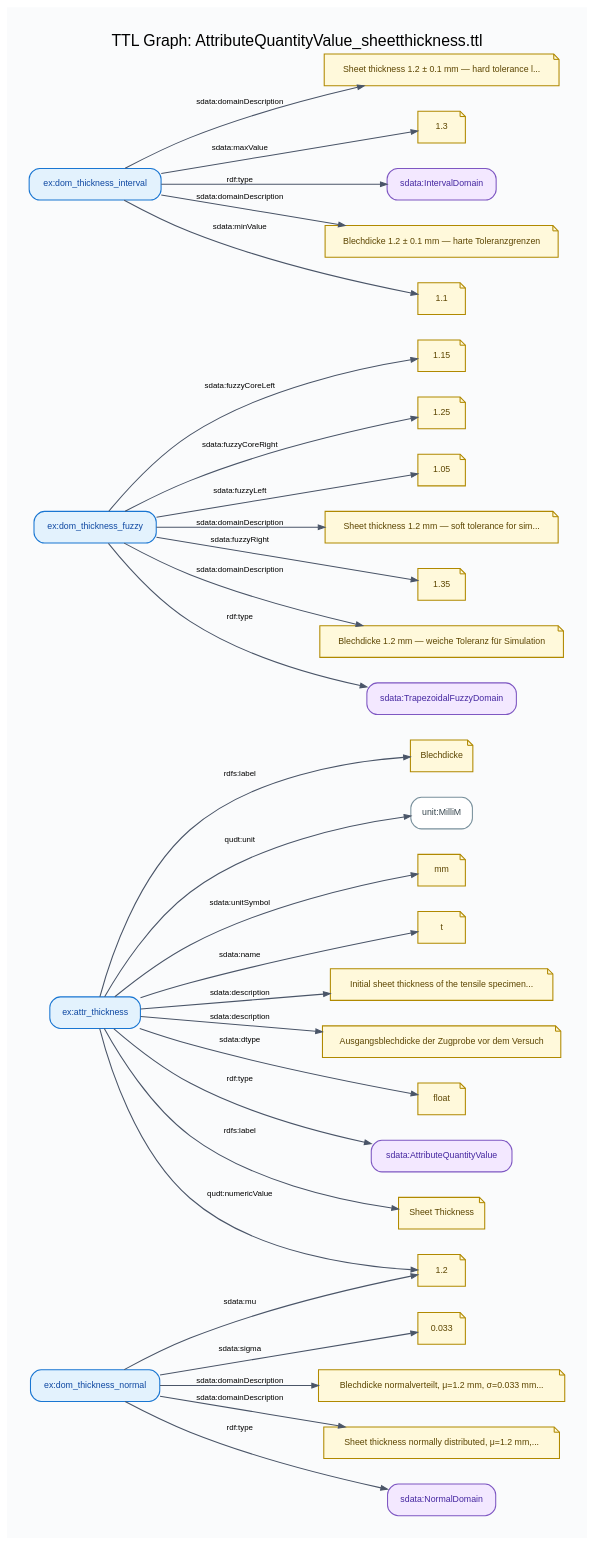
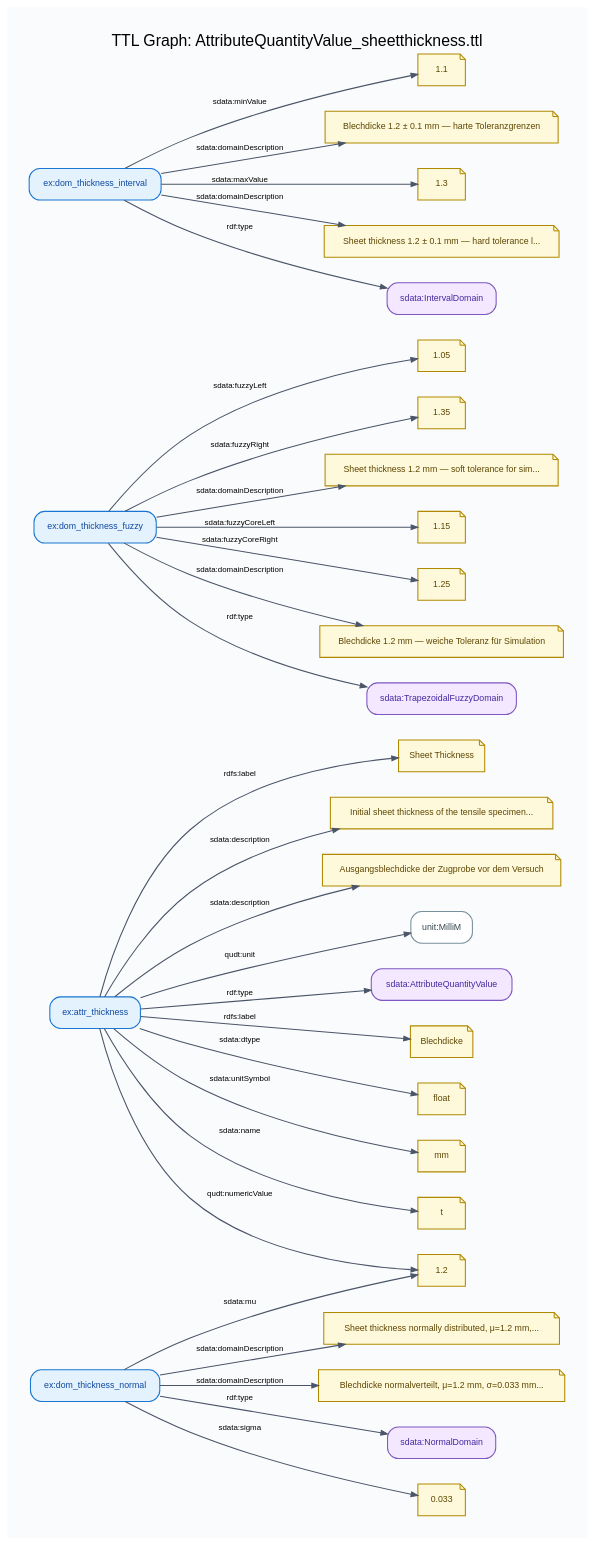
The diagram in docs/diagrams/AttributeQuantityValue_sheetthickness-graph.dot (lepy/sdata-ontology), drawn with Graphviz before and after one commit. The commit also changed other lines of this file and 50 other files, not shown here.

```diff
--- a/docs/diagrams/AttributeQuantityValue_sheetthickness-graph.dot
+++ b/docs/diagrams/AttributeQuantityValue_sheetthickness-graph.dot
@@ -30,12 +30,12 @@
 		fillcolor="#E3F2FD",
 		fontcolor="#0D47A1",
 		label="ex:attr_thickness"];
-	"lit::Ausgangsblechdicke der Zugprobe vor dem Versuch::::de"	[color="#B08900",
+	"lit::Blechdicke::::de"	[color="#B08900",
 		fillcolor="#FFF9DB",
 		fontcolor="#5C4500",
-		label="Ausgangsblechdicke der Zugprobe vor dem Versuch",
+		label=Blechdicke,
 		shape=note];
-	"uri::https://example.org/tensile-test/attr_thickness" -> "lit::Ausgangsblechdicke der Zugprobe vor dem Versuch::::de"	[label="sdata:description"];
+	"uri::https://example.org/tensile-test/attr_thickness" -> "lit::Blechdicke::::de"	[label="rdfs:label"];
 	"lit::1.2::http://www.w3.org/2001/XMLSchema#double::"	[color="#B08900",
 		fillcolor="#FFF9DB",
 		fontcolor="#5C4500",
@@ -48,28 +48,6 @@
 		label=float,
 		shape=note];
 	"uri::https://example.org/tensile-test/attr_thickness" -> "lit::float::::"	[label="sdata:dtype"];
-	"uri::https://w3id.org/sdata/core/AttributeQuantityValue"	[color="#7E57C2",
-		fillcolor="#F3E8FF",
-		fontcolor="#4527A0",
-		label="sdata:AttributeQuantityValue"];
-	"uri::https://example.org/tensile-test/attr_thickness" -> "uri::https://w3id.org/sdata/core/AttributeQuantityValue"	[label="rdf:type"];
-	"lit::Sheet Thickness::::en"	[color="#B08900",
-		fillcolor="#FFF9DB",
-		fontcolor="#5C4500",
-		label="Sheet Thickness",
-		shape=note];
-	"uri::https://example.org/tensile-test/attr_thickness" -> "lit::Sheet Thickness::::en"	[label="rdfs:label"];
-	"lit::Blechdicke::::de"	[color="#B08900",
-		fillcolor="#FFF9DB",
-		fontcolor="#5C4500",
-		label=Blechdicke,
-		shape=note];
-	"uri::https://example.org/tensile-test/attr_thickness" -> "lit::Blechdicke::::de"	[label="rdfs:label"];
-	"uri::http://qudt.org/vocab/unit/MilliM"	[color="#78909C",
-		fillcolor="#FFFFFF",
-		fontcolor="#37474F",
-		label="unit:MilliM"];
-	"uri::https://example.org/tensile-test/attr_thickness" -> "uri::http://qudt.org/vocab/unit/MilliM"	[label="qudt:unit"];
 	"lit::mm::::"	[color="#B08900",
 		fillcolor="#FFF9DB",
 		fontcolor="#5C4500",
@@ -82,44 +60,56 @@
 		label=t,
 		shape=note];
 	"uri::https://example.org/tensile-test/attr_thickness" -> "lit::t::::"	[label="sdata:name"];
+	"lit::Sheet Thickness::::en"	[color="#B08900",
+		fillcolor="#FFF9DB",
+		fontcolor="#5C4500",
+		label="Sheet Thickness",
+		shape=note];
+	"uri::https://example.org/tensile-test/attr_thickness" -> "lit::Sheet Thickness::::en"	[label="rdfs:label"];
 	"lit::Initial sheet thickness of the tensile specimen before testing::::en"	[color="#B08900",
 		fillcolor="#FFF9DB",
 		fontcolor="#5C4500",
 		label="Initial sheet thickness of the tensile specimen...",
 		shape=note];
 	"uri::https://example.org/tensile-test/attr_thickness" -> "lit::Initial sheet thickness of the tensile specimen before testing::::en"	[label="sdata:description"];
-	"uri::https://example.org/tensile-test/dom_thickness_normal"	[color="#1976D2",
-		fillcolor="#E3F2FD",
-		fontcolor="#0D47A1",
-		label="ex:dom_thickness_normal"];
-	"lit::0.033::http://www.w3.org/2001/XMLSchema#double::"	[color="#B08900",
+	"lit::Ausgangsblechdicke der Zugprobe vor dem Versuch::::de"	[color="#B08900",
 		fillcolor="#FFF9DB",
 		fontcolor="#5C4500",
-		label=0.033,
+		label="Ausgangsblechdicke der Zugprobe vor dem Versuch",
 		shape=note];
-	"uri::https://example.org/tensile-test/dom_thickness_normal" -> "lit::0.033::http://www.w3.org/2001/XMLSchema#double::"	[label="sdata:sigma"];
-	"uri::https://example.org/tensile-test/dom_thickness_normal" -> "lit::1.2::http://www.w3.org/2001/XMLSchema#double::"	[label="sdata:mu"];
-	"lit::Blechdicke normalverteilt, μ=1.2 mm, σ=0.033 mm (3σ=0.1 mm)::::de"	[color="#B08900",
-		fillcolor="#FFF9DB",
-		fontcolor="#5C4500",
-		label="Blechdicke normalverteilt, μ=1.2 mm, σ=0.033 mm...",
-		shape=note];
-	"uri::https://example.org/tensile-test/dom_thickness_normal" -> "lit::Blechdicke normalverteilt, μ=1.2 mm, σ=0.033 mm (3σ=0.1 mm)::::de"	[label="sdata:domainDescription"];
-	"lit::Sheet thickness normally distributed, μ=1.2 mm, σ=0.033 mm (3σ=0.1 mm)::::en"	[color="#B08900",
-		fillcolor="#FFF9DB",
-		fontcolor="#5C4500",
-		label="Sheet thickness normally distributed, μ=1.2 mm,...",
-		shape=note];
-	"uri::https://example.org/tensile-test/dom_thickness_normal" -> "lit::Sheet thickness normally distributed, μ=1.2 mm, σ=0.033 mm (3σ=0.1 mm)::::en"	[label="sdata:domainDescription"];
-	"uri::https://w3id.org/sdata/core/NormalDomain"	[color="#7E57C2",
+	"uri::https://example.org/tensile-test/attr_thickness" -> "lit::Ausgangsblechdicke der Zugprobe vor dem Versuch::::de"	[label="sdata:description"];
+	"uri::http://qudt.org/vocab/unit/MilliM"	[color="#78909C",
+		fillcolor="#FFFFFF",
+		fontcolor="#37474F",
+		label="unit:MilliM"];
+	"uri::https://example.org/tensile-test/attr_thickness" -> "uri::http://qudt.org/vocab/unit/MilliM"	[label="qudt:unit"];
+	"uri::https://w3id.org/sdata/core/AttributeQuantityValue"	[color="#7E57C2",
 		fillcolor="#F3E8FF",
 		fontcolor="#4527A0",
-		label="sdata:NormalDomain"];
-	"uri::https://example.org/tensile-test/dom_thickness_normal" -> "uri::https://w3id.org/sdata/core/NormalDomain"	[label="rdf:type"];
+		label="sdata:AttributeQuantityValue"];
+	"uri::https://example.org/tensile-test/attr_thickness" -> "uri::https://w3id.org/sdata/core/AttributeQuantityValue"	[label="rdf:type"];
 	"uri::https://example.org/tensile-test/dom_thickness_fuzzy"	[color="#1976D2",
 		fillcolor="#E3F2FD",
 		fontcolor="#0D47A1",
 		label="ex:dom_thickness_fuzzy"];
+	"lit::1.05::http://www.w3.org/2001/XMLSchema#double::"	[color="#B08900",
+		fillcolor="#FFF9DB",
+		fontcolor="#5C4500",
+		label=1.05,
+		shape=note];
+	"uri::https://example.org/tensile-test/dom_thickness_fuzzy" -> "lit::1.05::http://www.w3.org/2001/XMLSchema#double::"	[label="sdata:fuzzyLeft"];
+	"lit::1.35::http://www.w3.org/2001/XMLSchema#double::"	[color="#B08900",
+		fillcolor="#FFF9DB",
+		fontcolor="#5C4500",
+		label=1.35,
+		shape=note];
+	"uri::https://example.org/tensile-test/dom_thickness_fuzzy" -> "lit::1.35::http://www.w3.org/2001/XMLSchema#double::"	[label="sdata:fuzzyRight"];
+	"lit::Sheet thickness 1.2 mm — soft tolerance for simulation::::en"	[color="#B08900",
+		fillcolor="#FFF9DB",
+		fontcolor="#5C4500",
+		label="Sheet thickness 1.2 mm — soft tolerance for sim...",
+		shape=note];
+	"uri::https://example.org/tensile-test/dom_thickness_fuzzy" -> "lit::Sheet thickness 1.2 mm — soft tolerance for simulation::::en"	[label="sdata:domainDescription"];
 	"lit::1.15::http://www.w3.org/2001/XMLSchema#double::"	[color="#B08900",
 		fillcolor="#FFF9DB",
 		fontcolor="#5C4500",
@@ -132,24 +122,6 @@
 		label=1.25,
 		shape=note];
 	"uri::https://example.org/tensile-test/dom_thickness_fuzzy" -> "lit::1.25::http://www.w3.org/2001/XMLSchema#double::"	[label="sdata:fuzzyCoreRight"];
-	"lit::1.05::http://www.w3.org/2001/XMLSchema#double::"	[color="#B08900",
-		fillcolor="#FFF9DB",
-		fontcolor="#5C4500",
-		label=1.05,
-		shape=note];
-	"uri::https://example.org/tensile-test/dom_thickness_fuzzy" -> "lit::1.05::http://www.w3.org/2001/XMLSchema#double::"	[label="sdata:fuzzyLeft"];
-	"lit::Sheet thickness 1.2 mm — soft tolerance for simulation::::en"	[color="#B08900",
-		fillcolor="#FFF9DB",
-		fontcolor="#5C4500",
-		label="Sheet thickness 1.2 mm — soft tolerance for sim...",
-		shape=note];
-	"uri::https://example.org/tensile-test/dom_thickness_fuzzy" -> "lit::Sheet thickness 1.2 mm — soft tolerance for simulation::::en"	[label="sdata:domainDescription"];
-	"lit::1.35::http://www.w3.org/2001/XMLSchema#double::"	[color="#B08900",
-		fillcolor="#FFF9DB",
-		fontcolor="#5C4500",
-		label=1.35,
-		shape=note];
-	"uri::https://example.org/tensile-test/dom_thickness_fuzzy" -> "lit::1.35::http://www.w3.org/2001/XMLSchema#double::"	[label="sdata:fuzzyRight"];
 	"lit::Blechdicke 1.2 mm — weiche Toleranz für Simulation::::de"	[color="#B08900",
 		fillcolor="#FFF9DB",
 		fontcolor="#5C4500",
@@ -165,33 +137,61 @@
 		fillcolor="#E3F2FD",
 		fontcolor="#0D47A1",
 		label="ex:dom_thickness_interval"];
+	"lit::1.1::http://www.w3.org/2001/XMLSchema#double::"	[color="#B08900",
+		fillcolor="#FFF9DB",
+		fontcolor="#5C4500",
+		label=1.1,
+		shape=note];
+	"uri::https://example.org/tensile-test/dom_thickness_interval" -> "lit::1.1::http://www.w3.org/2001/XMLSchema#double::"	[label="sdata:minValue"];
+	"lit::Blechdicke 1.2 ± 0.1 mm — harte Toleranzgrenzen::::de"	[color="#B08900",
+		fillcolor="#FFF9DB",
+		fontcolor="#5C4500",
+		label="Blechdicke 1.2 ± 0.1 mm — harte Toleranzgrenzen",
+		shape=note];
+	"uri::https://example.org/tensile-test/dom_thickness_interval" -> "lit::Blechdicke 1.2 ± 0.1 mm — harte Toleranzgrenzen::::de"	[label="sdata:domainDescription"];
+	"lit::1.3::http://www.w3.org/2001/XMLSchema#double::"	[color="#B08900",
+		fillcolor="#FFF9DB",
+		fontcolor="#5C4500",
+		label=1.3,
+		shape=note];
+	"uri::https://example.org/tensile-test/dom_thickness_interval" -> "lit::1.3::http://www.w3.org/2001/XMLSchema#double::"	[label="sdata:maxValue"];
 	"lit::Sheet thickness 1.2 ± 0.1 mm — hard tolerance limits::::en"	[color="#B08900",
 		fillcolor="#FFF9DB",
 		fontcolor="#5C4500",
 		label="Sheet thickness 1.2 ± 0.1 mm — hard tolerance l...",
 		shape=note];
 	"uri::https://example.org/tensile-test/dom_thickness_interval" -> "lit::Sheet thickness 1.2 ± 0.1 mm — hard tolerance limits::::en"	[label="sdata:domainDescription"];
-	"lit::1.3::http://www.w3.org/2001/XMLSchema#double::"	[color="#B08900",
-		fillcolor="#FFF9DB",
-		fontcolor="#5C4500",
-		label=1.3,
-		shape=note];
-	"uri::https://example.org/tensile-test/dom_thickness_interval" -> "lit::1.3::http://www.w3.org/2001/XMLSchema#double::"	[label="sdata:maxValue"];
 	"uri::https://w3id.org/sdata/core/IntervalDomain"	[color="#7E57C2",
 		fillcolor="#F3E8FF",
 		fontcolor="#4527A0",
 		label="sdata:IntervalDomain"];
 	"uri::https://example.org/tensile-test/dom_thickness_interval" -> "uri::https://w3id.org/sdata/core/IntervalDomain"	[label="rdf:type"];
-	"lit::Blechdicke 1.2 ± 0.1 mm — harte Toleranzgrenzen::::de"	[color="#B08900",
+	"uri::https://example.org/tensile-test/dom_thickness_normal"	[color="#1976D2",
+		fillcolor="#E3F2FD",
+		fontcolor="#0D47A1",
+		label="ex:dom_thickness_normal"];
+	"uri::https://example.org/tensile-test/dom_thickness_normal" -> "lit::1.2::http://www.w3.org/2001/XMLSchema#double::"	[label="sdata:mu"];
+	"lit::Sheet thickness normally distributed, μ=1.2 mm, σ=0.033 mm (3σ=0.1 mm)::::en"	[color="#B08900",
 		fillcolor="#FFF9DB",
 		fontcolor="#5C4500",
-		label="Blechdicke 1.2 ± 0.1 mm — harte Toleranzgrenzen",
+		label="Sheet thickness normally distributed, μ=1.2 mm,...",
 		shape=note];
-	"uri::https://example.org/tensile-test/dom_thickness_interval" -> "lit::Blechdicke 1.2 ± 0.1 mm — harte Toleranzgrenzen::::de"	[label="sdata:domainDescription"];
-	"lit::1.1::http://www.w3.org/2001/XMLSchema#double::"	[color="#B08900",
+	"uri::https://example.org/tensile-test/dom_thickness_normal" -> "lit::Sheet thickness normally distributed, μ=1.2 mm, σ=0.033 mm (3σ=0.1 mm)::::en"	[label="sdata:domainDescription"];
+	"lit::Blechdicke normalverteilt, μ=1.2 mm, σ=0.033 mm (3σ=0.1 mm)::::de"	[color="#B08900",
 		fillcolor="#FFF9DB",
 		fontcolor="#5C4500",
-		label=1.1,
+		label="Blechdicke normalverteilt, μ=1.2 mm, σ=0.033 mm...",
 		shape=note];
-	"uri::https://example.org/tensile-test/dom_thickness_interval" -> "lit::1.1::http://www.w3.org/2001/XMLSchema#double::"	[label="sdata:minValue"];
+	"uri::https://example.org/tensile-test/dom_thickness_normal" -> "lit::Blechdicke normalverteilt, μ=1.2 mm, σ=0.033 mm (3σ=0.1 mm)::::de"	[label="sdata:domainDescription"];
+	"uri::https://w3id.org/sdata/core/NormalDomain"	[color="#7E57C2",
+		fillcolor="#F3E8FF",
+		fontcolor="#4527A0",
+		label="sdata:NormalDomain"];
+	"uri::https://example.org/tensile-test/dom_thickness_normal" -> "uri::https://w3id.org/sdata/core/NormalDomain"	[label="rdf:type"];
+	"lit::0.033::http://www.w3.org/2001/XMLSchema#double::"	[color="#B08900",
+		fillcolor="#FFF9DB",
+		fontcolor="#5C4500",
+		label=0.033,
+		shape=note];
+	"uri::https://example.org/tensile-test/dom_thickness_normal" -> "lit::0.033::http://www.w3.org/2001/XMLSchema#double::"	[label="sdata:sigma"];
 }
```
